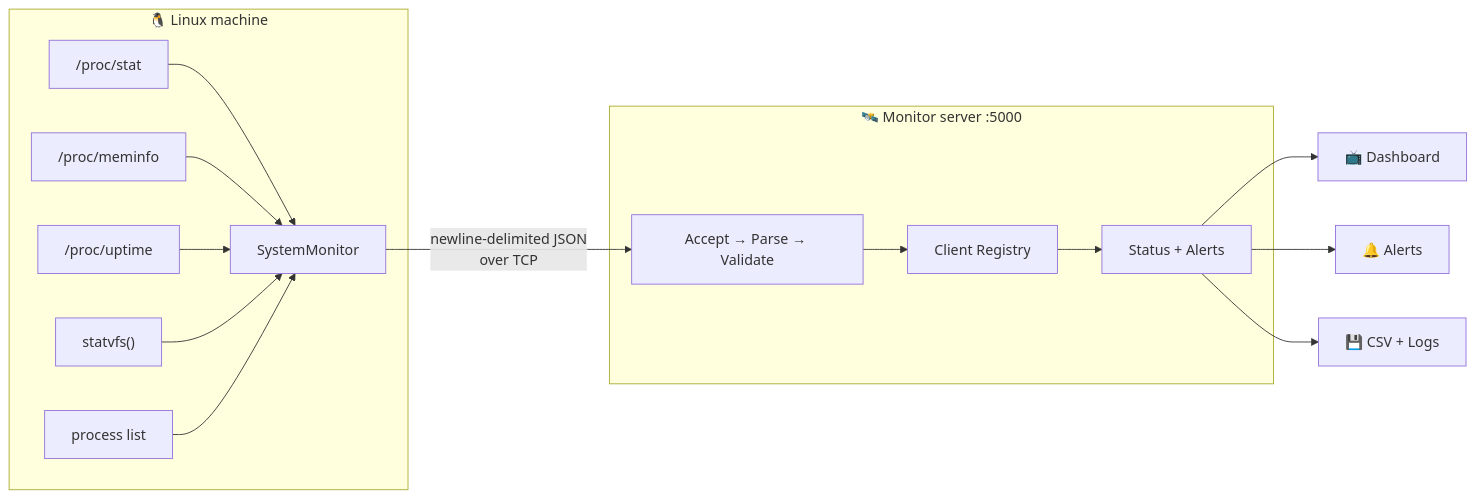
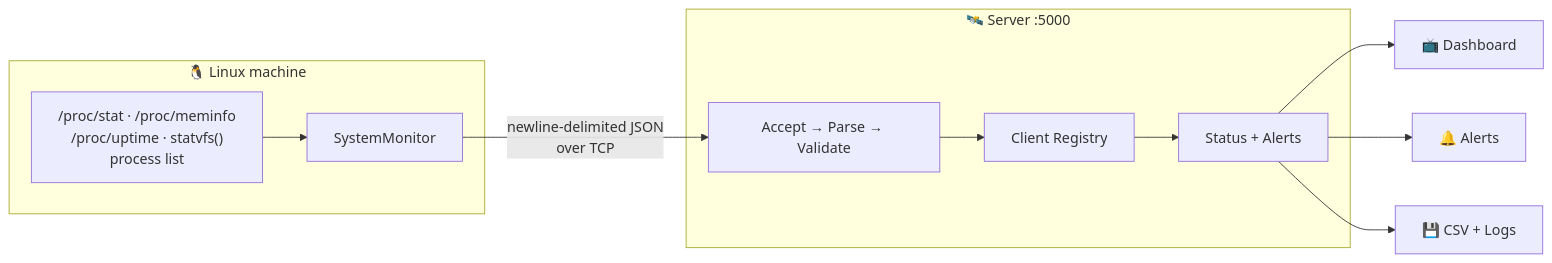
The first of 3 diagrams in README.md (SuniyanJana/Linux_System_Monitor), drawn with Mermaid before and after one commit. The commit also changed other lines of this file, not shown here.

````diff
--- a/README.md
+++ b/README.md
@@ -28,19 +26,13 @@
 ```mermaid
 flowchart LR
     subgraph L["🐧 Linux machine"]
-        A["/proc/stat"] --> M
-        B["/proc/meminfo"] --> M
-        C["/proc/uptime"] --> M
-        D["statvfs()"] --> M
-        E["process list"] --> M
-        M["SystemMonitor"]
+        A["/proc/stat · /proc/meminfo<br/>/proc/uptime · statvfs()<br/>process list"] --> M["SystemMonitor"]
     end
     M -- "newline-delimited JSON<br/>over TCP" --> S
-    subgraph SRV["🛰️ Monitor server :5000"]
-        S["Accept → Parse → Validate"] --> R["Client Registry"]
-        R --> ST["Status + Alerts"]
+    subgraph SRV["🛰️ Server :5000"]
+        S["Accept → Parse → Validate"] --> R["Client Registry"] --> ST["Status + Alerts"]
     end
     ST --> DB["📺 Dashboard"]
     ST --> AL["🔔 Alerts"]
     ST --> CSV["💾 CSV + Logs"]
 ```
````
